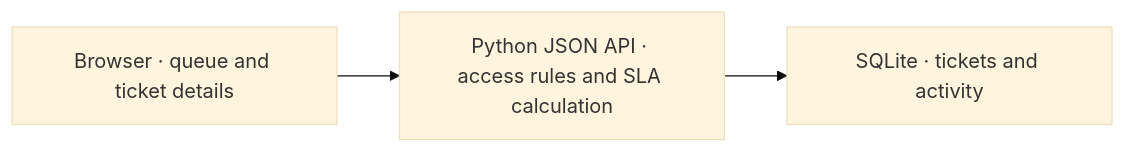
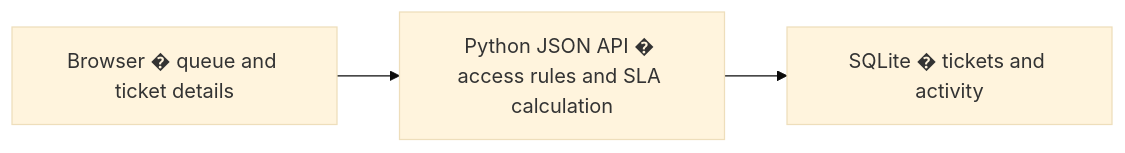
One commit to robcorbisiero/it-ticketing-system changed the diagram in README.md. Above: the diagram before and after it, drawn with Mermaid (base theme). The commit also changed other lines of this file and 6 other files, not shown here.

````diff
--- a/README.md
+++ b/README.md
@@ -27,5 +27,5 @@
 ```mermaid
 flowchart LR
-    UI["Browser · queue and ticket details"] --> API["Python JSON API · access rules and SLA calculation"]
-    API --> DB["SQLite · tickets and activity"]
+    UI["Browser � queue and ticket details"] --> API["Python JSON API � access rules and SLA calculation"]
+    API --> DB["SQLite � tickets and activity"]
 ```
````
